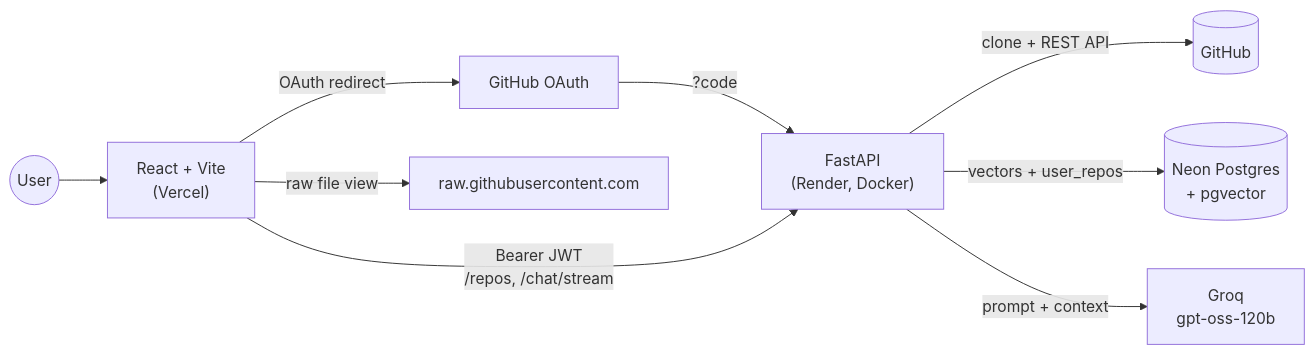
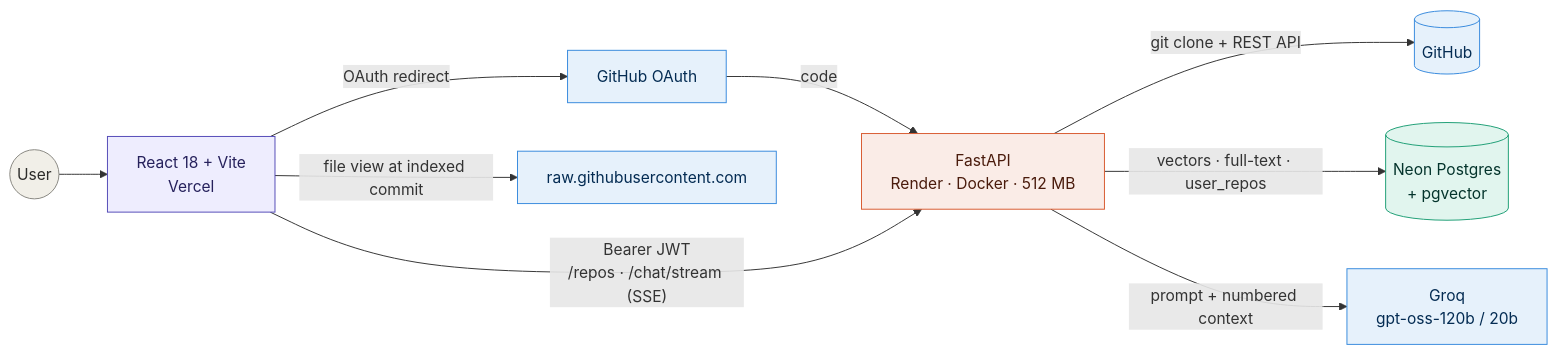
One commit to Aditya09Goyal/github-GPT-using-RAG changed the second of 5 diagrams in README.md. Above: the diagram before and after it, drawn with Mermaid. The commit also changed other lines of this file, not shown here.

Commit message:
case-study README with architecture, decisions and trade-offs

````diff
--- a/README.md
+++ b/README.md
@@ -115,11 +120,16 @@
 ```mermaid
 flowchart LR
-    U((User)) --> FE["React + Vite<br/>(Vercel)"]
-    FE -- "OAuth redirect" --> GH[GitHub OAuth]
-    GH -- "?code" --> BE
-    FE -- "Bearer JWT<br/>/repos, /chat/stream" --> BE["FastAPI<br/>(Render, Docker)"]
-    BE -- "clone + REST API" --> GHR[(GitHub)]
-    BE -- "vectors + user_repos" --> DB[("Neon Postgres<br/>+ pgvector")]
-    BE -- "prompt + context" --> LLM["Groq<br/>gpt-oss-120b"]
-    FE -- "raw file view" --> RAW[raw.githubusercontent.com]
+    U(("User")):::user --> FE["React 18 + Vite<br/>Vercel"]:::fe
+    FE -- "OAuth redirect" --> GH["GitHub OAuth"]:::ext
+    GH -- "code" --> BE
+    FE -- "Bearer JWT<br/>/repos · /chat/stream (SSE)" --> BE["FastAPI<br/>Render · Docker · 512 MB"]:::be
+    BE -- "git clone + REST API" --> GHR[("GitHub")]:::ext
+    BE -- "vectors · full-text · user_repos" --> DB[("Neon Postgres<br/>+ pgvector")]:::db
+    BE -- "prompt + numbered context" --> LLM["Groq<br/>gpt-oss-120b / 20b"]:::ext
+    FE -- "file view at indexed commit" --> RAW["raw.githubusercontent.com"]:::ext
+    classDef user fill:#F1EFE8,stroke:#888780,color:#2C2C2A
+    classDef fe fill:#EEEDFE,stroke:#534AB7,color:#26215C
+    classDef be fill:#FAECE7,stroke:#D85A30,color:#4A1B0C
+    classDef db fill:#E1F5EE,stroke:#1D9E75,color:#04342C
+    classDef ext fill:#E6F1FB,stroke:#378ADD,color:#042C53
 ```
````
